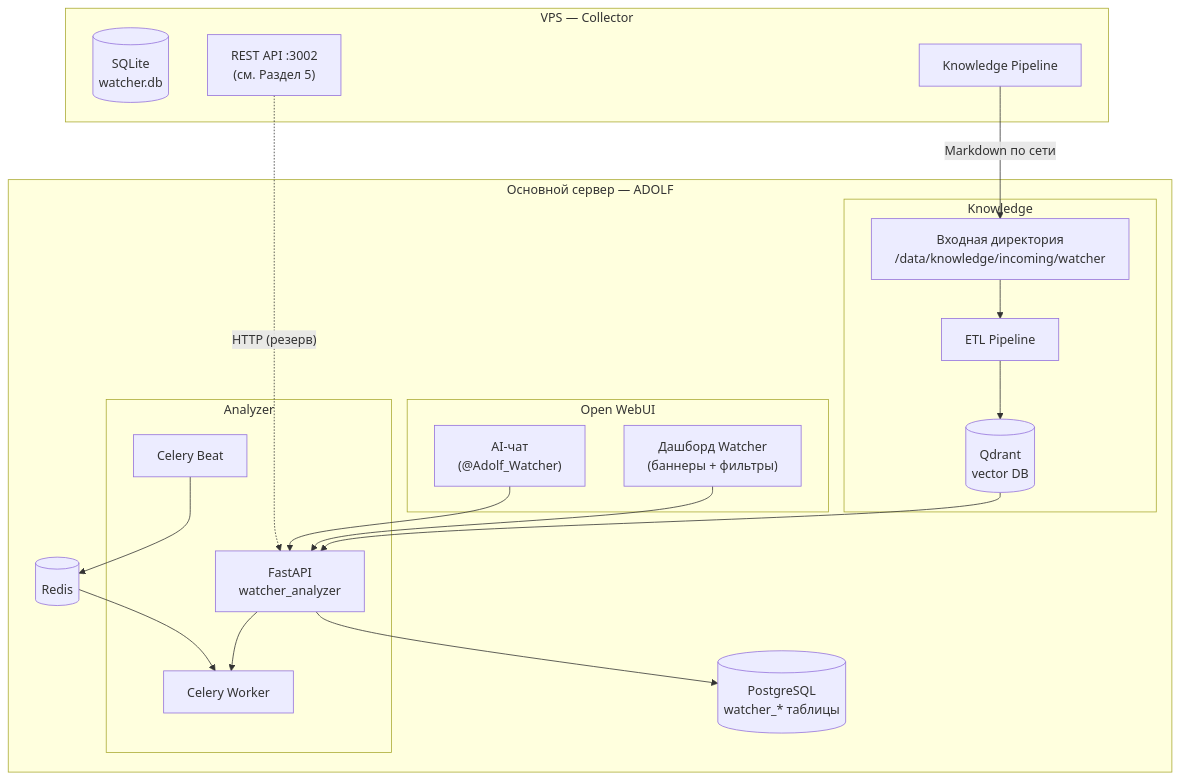
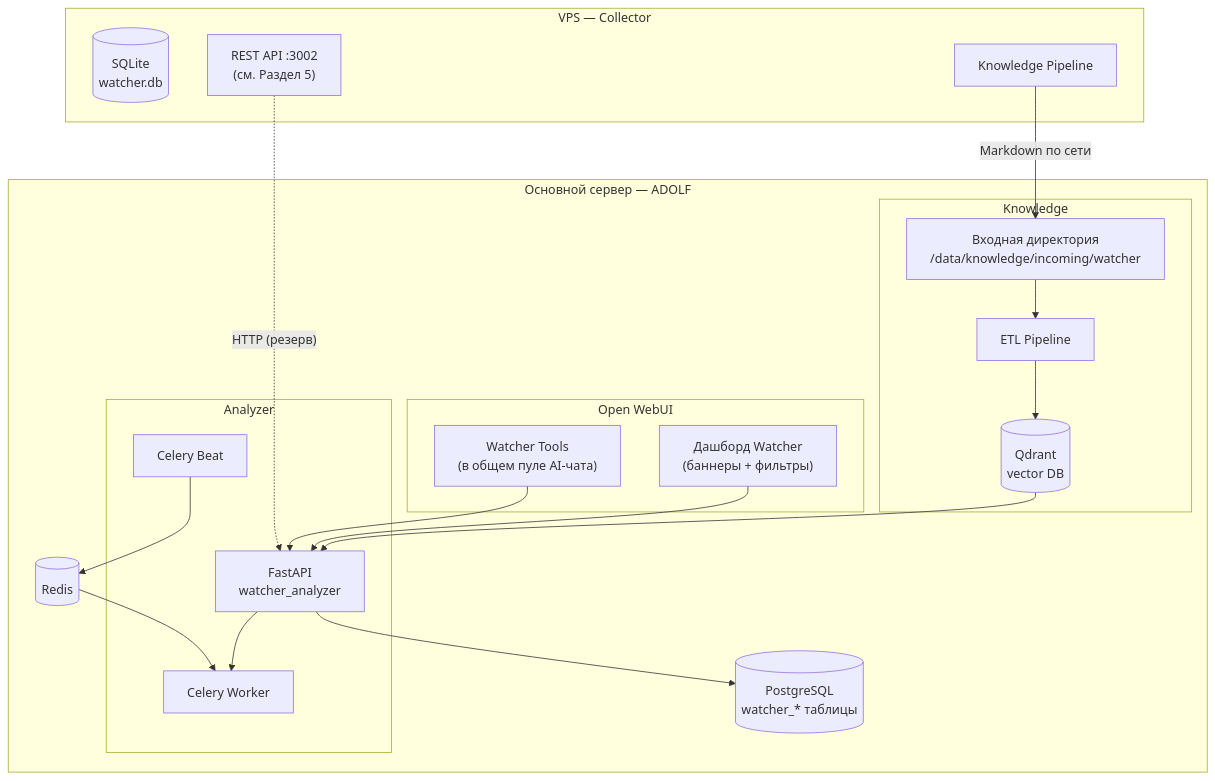
One commit to Sign25/Docs changed the second of 7 diagrams in watcher/adolf_watcher_6_analyzer_open_webui.md. Above: the diagram before and after it, drawn with Mermaid. The commit also changed other lines of this file, not shown here.

Commit message:
Watcher v4.3: Раздел 6 — единый AI-чат ADOLF вместо @Adolf_Watcher, Tools в общем пуле с фильтрацией по роли

````diff
--- a/watcher/adolf_watcher_6_analyzer_open_webui.md
+++ b/watcher/adolf_watcher_6_analyzer_open_webui.md
@@ -54,44 +58,44 @@
 ```mermaid
 flowchart TB
     subgraph VPS["VPS — Collector"]
         SQLITE[("SQLite<br/>watcher.db")]
         API_COL["REST API :3002<br/>(см. Раздел 5)"]
         KP["Knowledge Pipeline"]
     end
 
     subgraph MAIN["Основной сервер — ADOLF"]
         subgraph ANALYZER["Analyzer"]
             FAST["FastAPI<br/>watcher_analyzer"]
             CELERY_W["Celery Worker"]
             CELERY_B["Celery Beat"]
         end
 
         subgraph KNOWLEDGE["Knowledge"]
             INPUT["Входная директория<br/>/data/knowledge/incoming/watcher"]
             ETL["ETL Pipeline"]
             QDRANT[("Qdrant<br/>vector DB")]
         end
 
         subgraph OWUI["Open WebUI"]
             DASH["Дашборд Watcher<br/>(баннеры + фильтры)"]
-            CHAT["AI-чат<br/>(@Adolf_Watcher)"]
+            TOOLS["Watcher Tools<br/>(в общем пуле AI-чата)"]
         end
 
         CORE_DB[("PostgreSQL<br/>watcher_* таблицы")]
         REDIS[("Redis")]
     end
 
     KP -->|"Markdown по сети"| INPUT
     INPUT --> ETL
     ETL --> QDRANT
 
     QDRANT --> FAST
     FAST --> CORE_DB
     FAST --> CELERY_W
     CELERY_B --> REDIS --> CELERY_W
 
     DASH --> FAST
-    CHAT --> FAST
+    TOOLS --> FAST
 
     API_COL -.->|"HTTP (резерв)"| FAST
 ```
````
